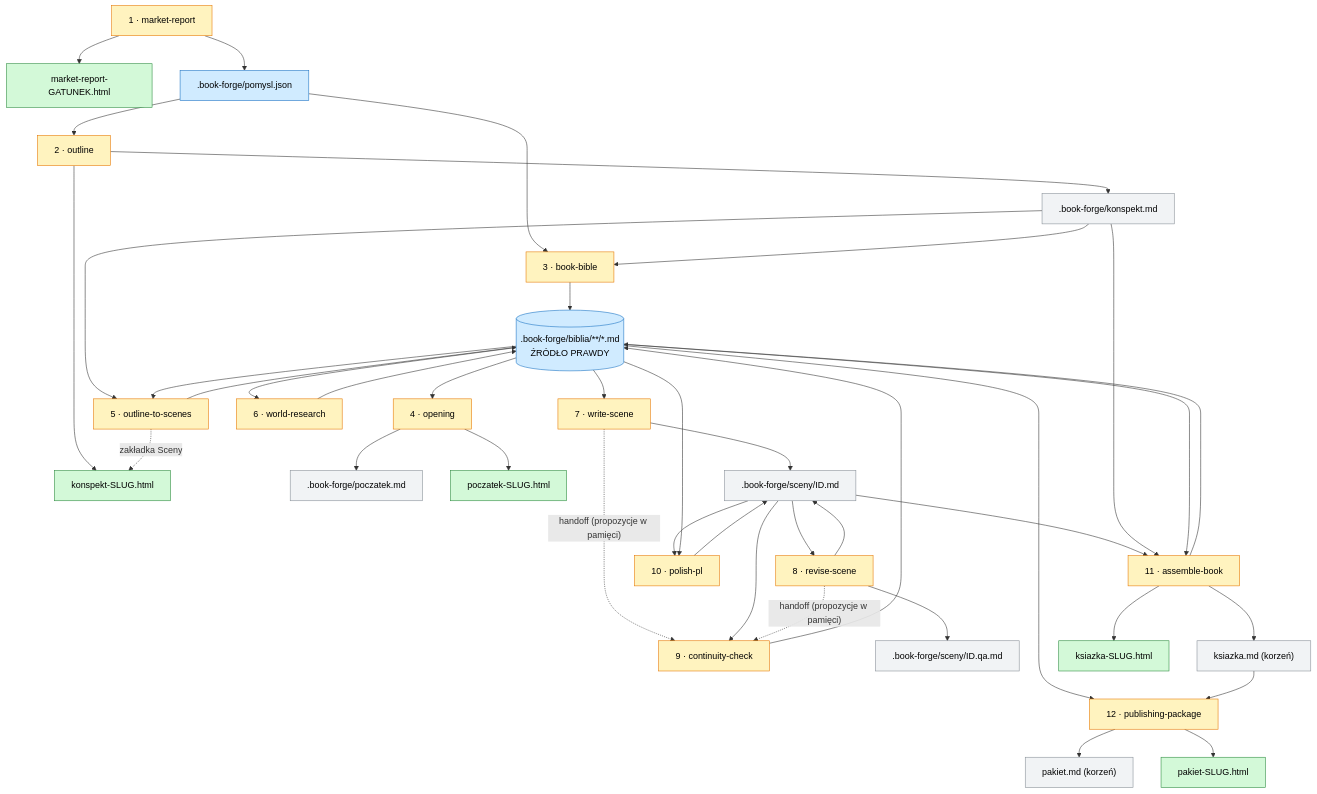
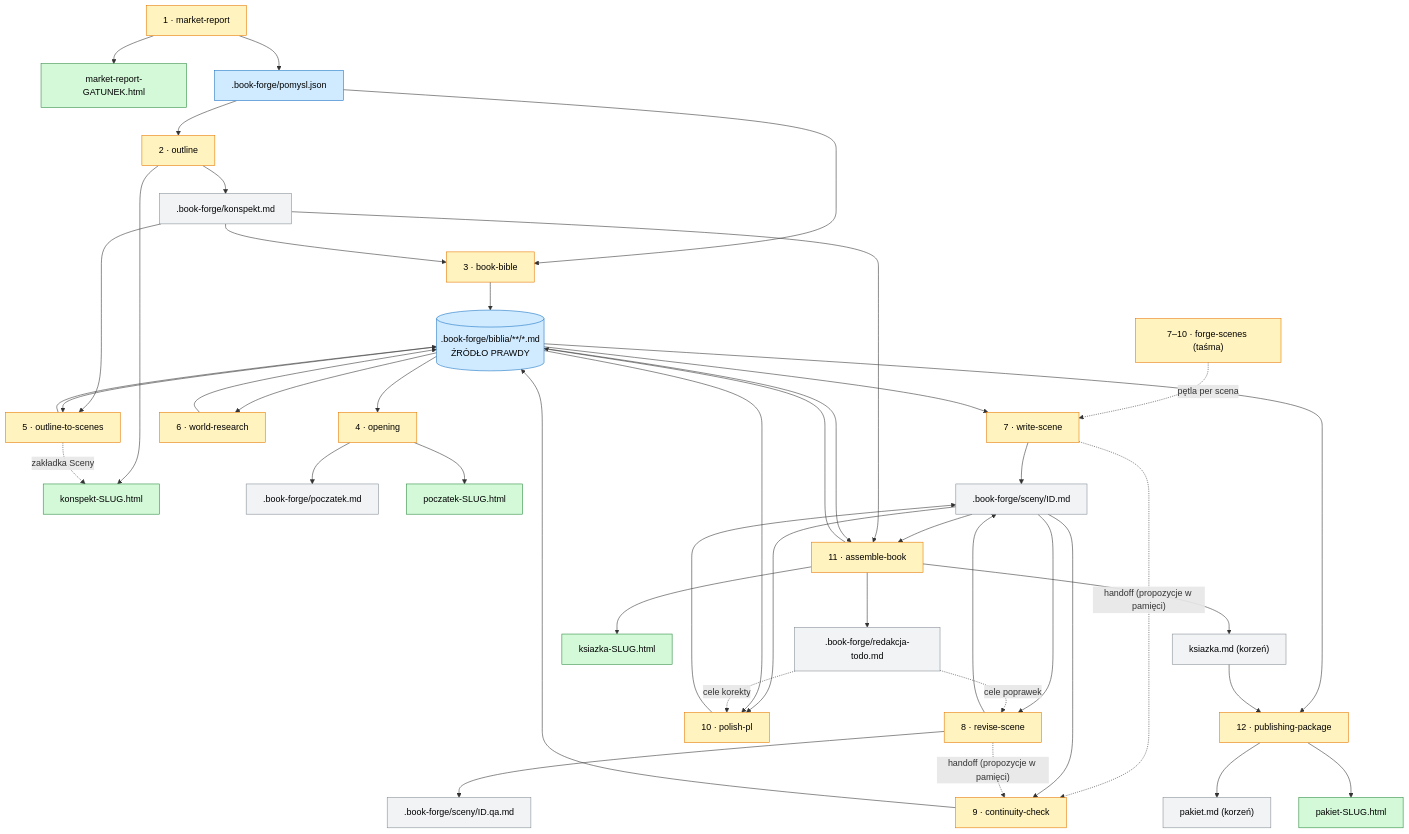
Before and after one commit to ethantiv/claude-plugins: the diagram in plugins/book-forge/README.md, drawn with Mermaid. The commit also changed other lines of this file and 32 other files, not shown here.

```diff
--- a/plugins/book-forge/README.md
+++ b/plugins/book-forge/README.md
@@ -145,6 +148,10 @@
     BIBLIA --> S6
     S6 --> BIBLIA
 
+    %% --- Etapy 7-10: taśma (opcjonalny orkiestrator) ---
+    FS["7–10 · forge-scenes (taśma)"]:::stage
+    FS -. "pętla per scena" .-> S7
+
     %% --- Etap 7 ---
     S7["7 · write-scene"]:::stage
     BIBLIA --> S7
@@ -177,6 +184,9 @@
     S11 --> BIBLIA
     S11 --> KSIAZKA["ksiazka.md (korzeń)"]:::prose
     S11 --> KSIAZKAH["ksiazka-SLUG.html"]:::human
+    S11 --> TODO[".book-forge/redakcja-todo.md"]:::prose
+    TODO -. "cele poprawek" .-> S8
+    TODO -. "cele korekty" .-> S10
 
     %% --- Etap 12 ---
     S12["12 · publishing-package"]:::stage
```
